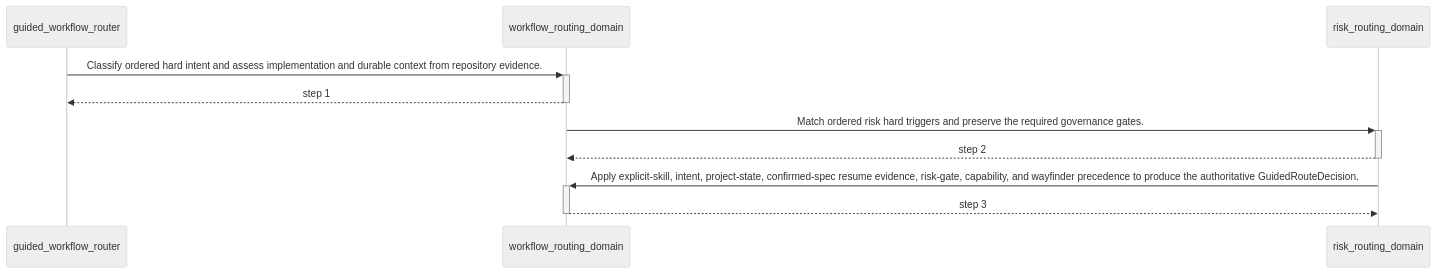
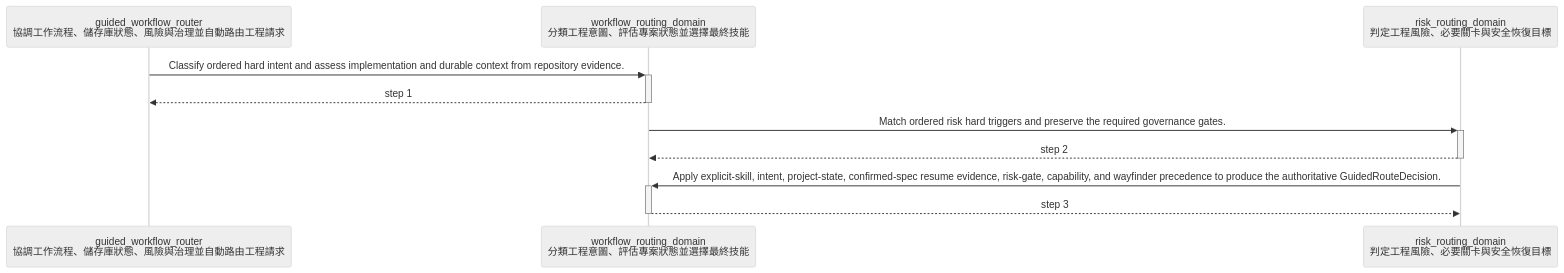
One commit to ShinWeiPeng/skills changed the second of 2 diagrams in plugins/governed-engineering-skills/architecture/generated/guided_workflow_router.md. Above: the diagram before and after it, drawn with Mermaid (neutral theme). The commit also changed other lines of this file and 73 other files, not shown here.

Commit message:
add function-first architecture descriptions

````diff
--- a/plugins/governed-engineering-skills/architecture/generated/guided_workflow_router.md
+++ b/plugins/governed-engineering-skills/architecture/generated/guided_workflow_router.md
@@ -180,12 +180,12 @@
 ```mermaid
 sequenceDiagram
-    participant n_guided_workflow_router as guided_workflow_router
-    participant n_workflow_routing_domain as workflow_routing_domain
-    participant n_risk_routing_domain as risk_routing_domain
+    participant n_guided_workflow_router as guided_workflow_router<br/>協調工作流程、儲存庫狀態、風險與治理並自動路由工程請求
+    participant n_workflow_routing_domain as workflow_routing_domain<br/>分類工程意圖、評估專案狀態並選擇最終技能
+    participant n_risk_routing_domain as risk_routing_domain<br/>判定工程風險、必要關卡與安全恢復目標
     n_guided_workflow_router->>+n_workflow_routing_domain: Classify ordered hard intent and assess implementation and durable context from repository evidence.
     n_workflow_routing_domain-->>-n_guided_workflow_router: step 1
     n_workflow_routing_domain->>+n_risk_routing_domain: Match ordered risk hard triggers and preserve the required governance gates.
     n_risk_routing_domain-->>-n_workflow_routing_domain: step 2
     n_risk_routing_domain->>+n_workflow_routing_domain: Apply explicit-skill, intent, project-state, confirmed-spec resume evidence, risk-gate, capability, and wayfinder precedence to produce the authoritative GuidedRouteDecision.
     n_workflow_routing_domain-->>-n_risk_routing_domain: step 3
 ```
````
